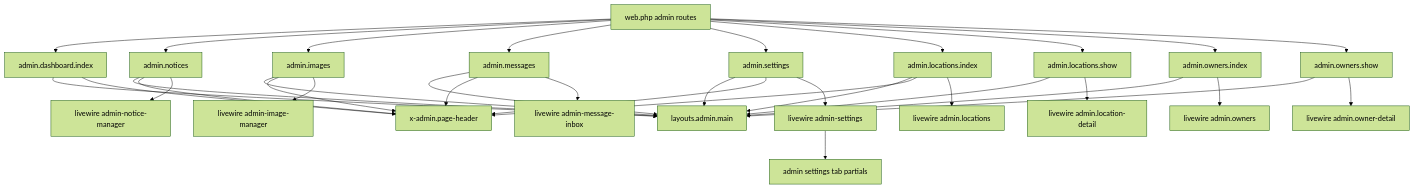
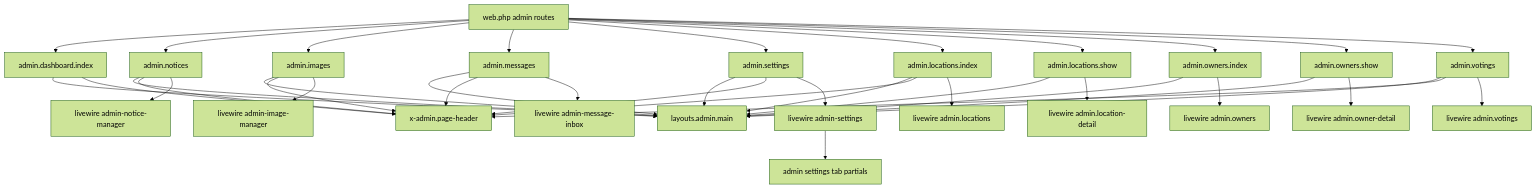
Before and after one commit to amaiagalvez/madaia33: the third of 5 diagrams in .github/skills/views-structure-mermaid/SKILL.md, drawn with Mermaid (forest theme). The commit also changed other lines of this file and 43 other files, not shown here.

````diff
--- a/.github/skills/views-structure-mermaid/SKILL.md
+++ b/.github/skills/views-structure-mermaid/SKILL.md
@@ -80,39 +83,43 @@
 ```mermaid
 flowchart TD
     R2[web.php admin routes] --> VAD[admin.dashboard.index]
     R2 --> VAN[admin.notices]
     R2 --> VAI[admin.images]
     R2 --> VAM[admin.messages]
     R2 --> VAS[admin.settings]
     R2 --> VALI[admin.locations.index]
     R2 --> VALS[admin.locations.show]
     R2 --> VAOI[admin.owners.index]
     R2 --> VAOS[admin.owners.show]
+    R2 --> VAV[admin.votings]
 
     VAD --> LA[layouts.admin.main]
     VAN --> LA
     VAI --> LA
     VAM --> LA
     VAS --> LA
     VALI --> LA
     VALS --> LA
     VAOI --> LA
     VAOS --> LA
+    VAV --> LA
 
     VAD --> CADM[x-admin.page-header]
     VAN --> CADM
     VAI --> CADM
     VAM --> CADM
     VAS --> CADM
     VALI --> CADM
+    VAV --> CADM
 
     VAN --> LMAN[livewire admin-notice-manager]
     VAI --> LMAI[livewire admin-image-manager]
     VAM --> LMAM[livewire admin-message-inbox]
     VAS --> LMAS[livewire admin-settings]
     VALI --> LMLO[livewire admin.locations]
     VALS --> LMLD[livewire admin.location-detail]
     VAOI --> LMOI[livewire admin.owners]
     VAOS --> LMOD[livewire admin.owner-detail]
+    VAV --> LMOV[livewire admin.votings]
     LMAS --> CATB[admin settings tab partials]
 ```
````
